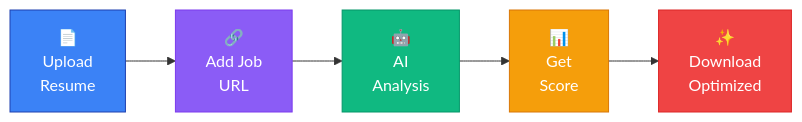
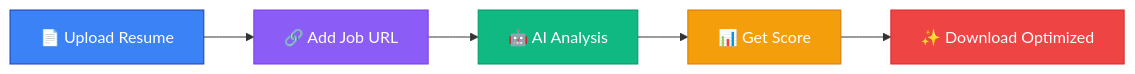
Before and after one commit to kartikbhardwaj1111/Nexume: the diagram in README.md, drawn with Mermaid. The commit also changed other lines of this file, not shown here.

````diff
--- a/README.md
+++ b/README.md
@@ -33,13 +21,13 @@
 ```mermaid
 flowchart LR
-    A["📄<br/>Upload<br/>Resume"] --> B["🔗<br/>Add Job<br/>URL"]
-    B --> C["🤖<br/>AI<br/>Analysis"]
-    C --> D["📊<br/>Get<br/>Score"]
-    D --> E["✨<br/>Download<br/>Optimized"]
+    A[📄 Upload Resume] --> B[🔗 Add Job URL]
+    B --> C[🤖 AI Analysis]
+    C --> D[📊 Get Score]
+    D --> E[✨ Download Optimized]
     
     style A fill:#3B82F6,stroke:#1E40AF,color:#fff
     style B fill:#8B5CF6,stroke:#7C3AED,color:#fff
     style C fill:#10B981,stroke:#059669,color:#fff
     style D fill:#F59E0B,stroke:#D97706,color:#fff
     style E fill:#EF4444,stroke:#DC2626,color:#fff
 ```
````
